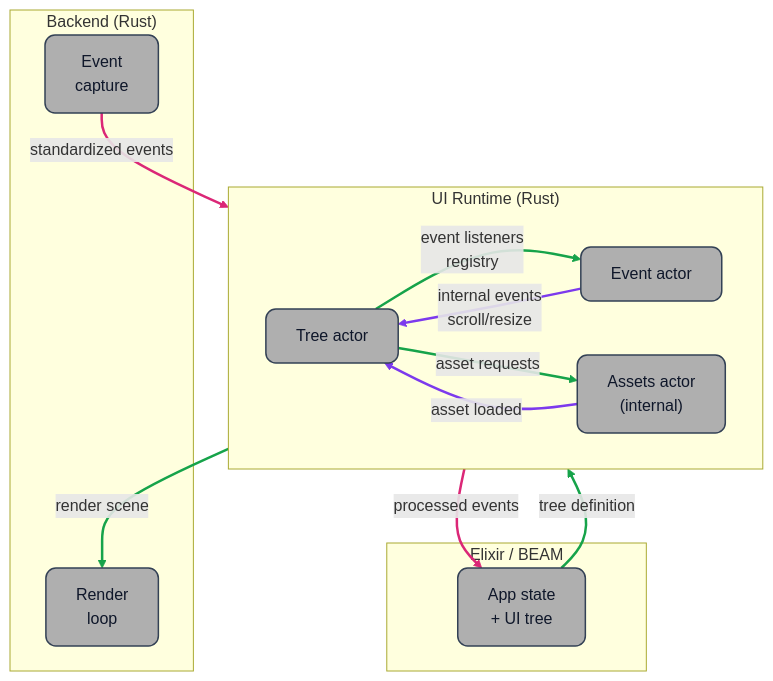
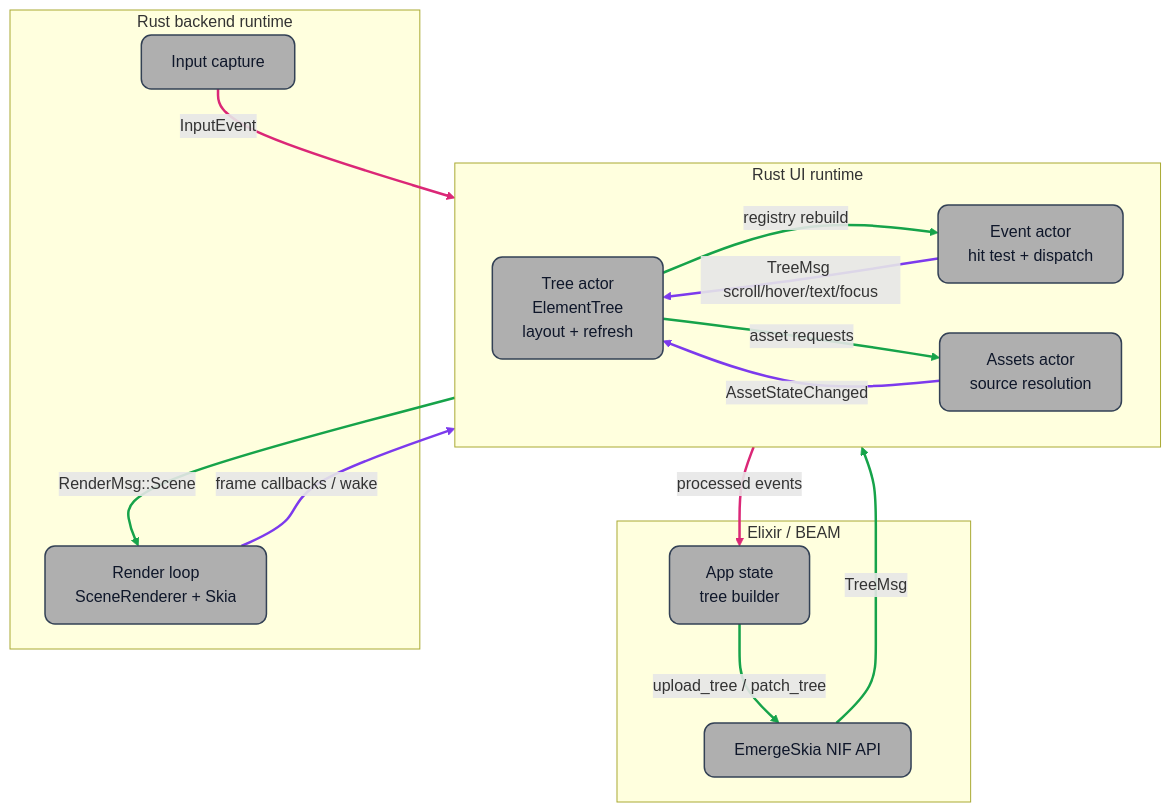
One commit to emerge-elixir/emerge changed the diagram in guides/internals/architecture.md. Above: the diagram before and after it, drawn with Mermaid. The commit also changed other lines of this file and 6 other files, not shown here.

Commit message:
docs: document layout refresh plans

````diff
--- a/guides/internals/architecture.md
+++ b/guides/internals/architecture.md
@@ -43,43 +19,48 @@
 ```mermaid
 flowchart TD
   classDef node fill:#afafaf,stroke:#334155,stroke-width:1.5px,rx:10,ry:10,color:#0f172a;
   classDef dir1 stroke:#16a34a,stroke-width:2.5px;
   classDef dir2 stroke:#db2777,stroke-width:2.5px;
   classDef dir3 stroke:#7c3aed,stroke-width:2.5px;
 
   subgraph ELX["Elixir / BEAM"]
-    APP["App state<br/>+ UI tree"]:::node
+    APP["App state<br/>tree builder"]:::node
+    NIF["EmergeSkia NIF API"]:::node
   end
 
-  subgraph RUST["UI Runtime (Rust)"]
+  subgraph UI["Rust UI runtime"]
     direction LR
-    TREE["Tree actor"]:::node
-    EVENT["Event actor"]:::node
-    ASSET["Assets actor<br/>(internal)"]:::node
+    TREE["Tree actor<br/>ElementTree<br/>layout + refresh"]:::node
+    EVENT["Event actor<br/>hit test + dispatch"]:::node
+    ASSET["Assets actor<br/>source resolution"]:::node
 
-    TREE e1@--> |event listeners<br/>registry| EVENT
-    EVENT e2@--> |internal events<br/>scroll/resize| TREE
+    TREE e1@--> |registry rebuild| EVENT
+    EVENT e2@--> |TreeMsg scroll/hover/text/focus| TREE
     TREE e3@--> |asset requests| ASSET
-    ASSET e4@--> |asset loaded| TREE
+    ASSET e4@--> |AssetStateChanged| TREE
 
     class e1 dir1
     class e2 dir3
     class e3 dir1
     class e4 dir3
   end
 
-  subgraph BACK["Backend (Rust)"]
-    EVENT_CAPTURE["Event<br/>capture"]:::node
-    RENDER_LOOP["Render<br/>loop"]:::node
+  subgraph BACK["Rust backend runtime"]
+    CAPTURE["Input capture"]:::node
+    RENDER["Render loop<br/>SceneRenderer + Skia"]:::node
   end
 
-  APP e31@--> |tree definition| TREE
-  EVENT e32@--> |processed events| APP
-  TREE e33@--> |render scene| RENDER_LOOP
-  EVENT_CAPTURE e34@--> |standardized events| EVENT
+  APP e21@--> |upload_tree / patch_tree| NIF
+  NIF e22@--> |TreeMsg| TREE
+  TREE e23@--> |RenderMsg::Scene| RENDER
+  CAPTURE e24@--> |InputEvent| EVENT
+  EVENT e25@--> |processed events| APP
+  RENDER e26@--> |frame callbacks / wake| TREE
 
-  class e31 dir1
-  class e32 dir2
-  class e33 dir1
-  class e34 dir2
+  class e21 dir1
+  class e22 dir1
+  class e23 dir1
+  class e24 dir2
+  class e25 dir2
+  class e26 dir3
 ```
````
